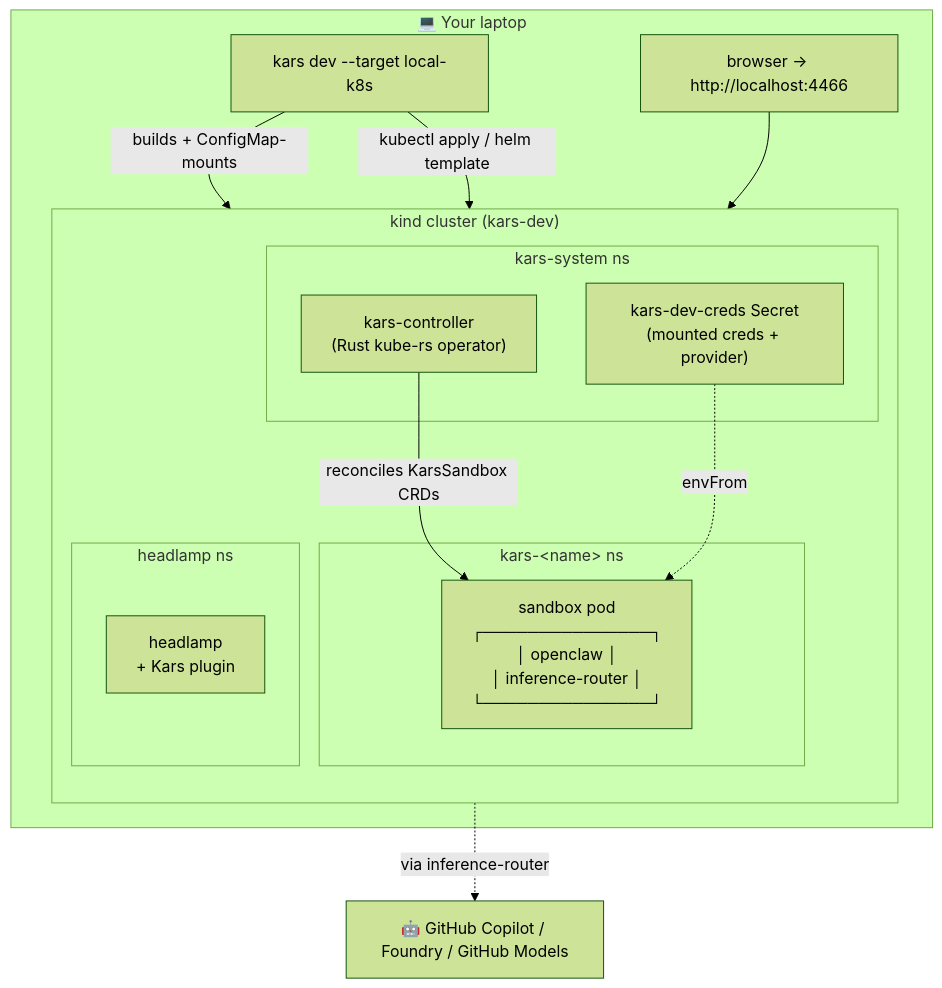
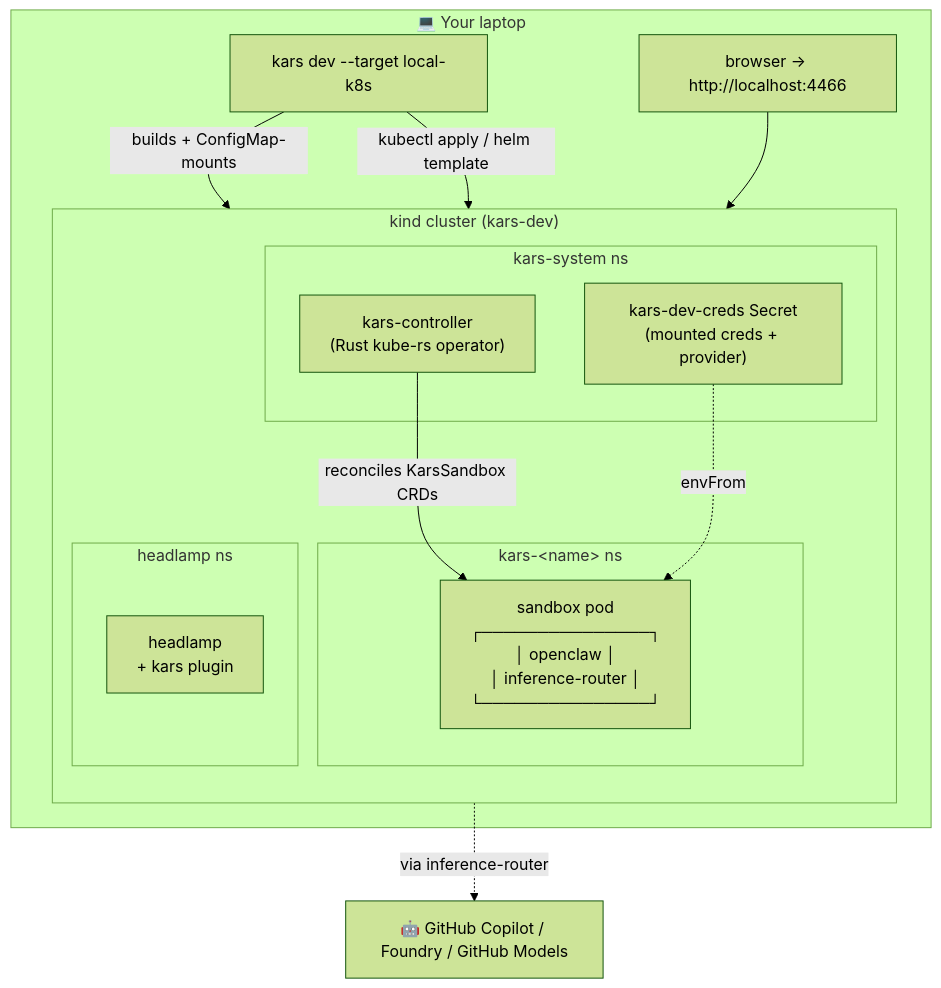
One commit to lachie83/kars changed the first of 2 diagrams in docs/blueprints/02-local-k8s-dev-loop.md. Above: the diagram before and after it, drawn with Mermaid (forest theme). The commit also changed other lines of this file and 270 other files, not shown here.

````diff
--- a/docs/blueprints/02-local-k8s-dev-loop.md
+++ b/docs/blueprints/02-local-k8s-dev-loop.md
@@ -15,27 +15,27 @@
 ```mermaid
 flowchart TB
   subgraph Laptop["💻 Your laptop"]
     CLI["kars dev --target local-k8s"]
     Browser["browser → http://localhost:4466"]
     subgraph Kind["kind cluster (kars-dev)"]
       direction TB
       subgraph SystemNs["kars-system ns"]
         Controller["kars-controller<br/>(Rust kube-rs operator)"]
         DevSecret["kars-dev-creds Secret<br/>(mounted creds + provider)"]
       end
       subgraph SandboxNs["kars-&lt;name&gt; ns"]
         Pod["sandbox pod<br/>┌───────────────┐<br/>│ openclaw      │<br/>│ inference-router │<br/>└───────────────┘"]
       end
       subgraph HeadlampNs["headlamp ns"]
-        Headlamp["headlamp<br/>+ Kars plugin"]
+        Headlamp["headlamp<br/>+ kars plugin"]
       end
       Controller -->|reconciles KarsSandbox CRDs| Pod
       DevSecret -.->|envFrom| Pod
     end
     CLI -->|kubectl apply / helm template| Kind
     CLI -->|builds + ConfigMap-mounts| Headlamp
     Browser --> Headlamp
   end
   Copilot["🤖 GitHub Copilot / Foundry / GitHub Models"]
   Pod -.->|via inference-router| Copilot
 ```
````
